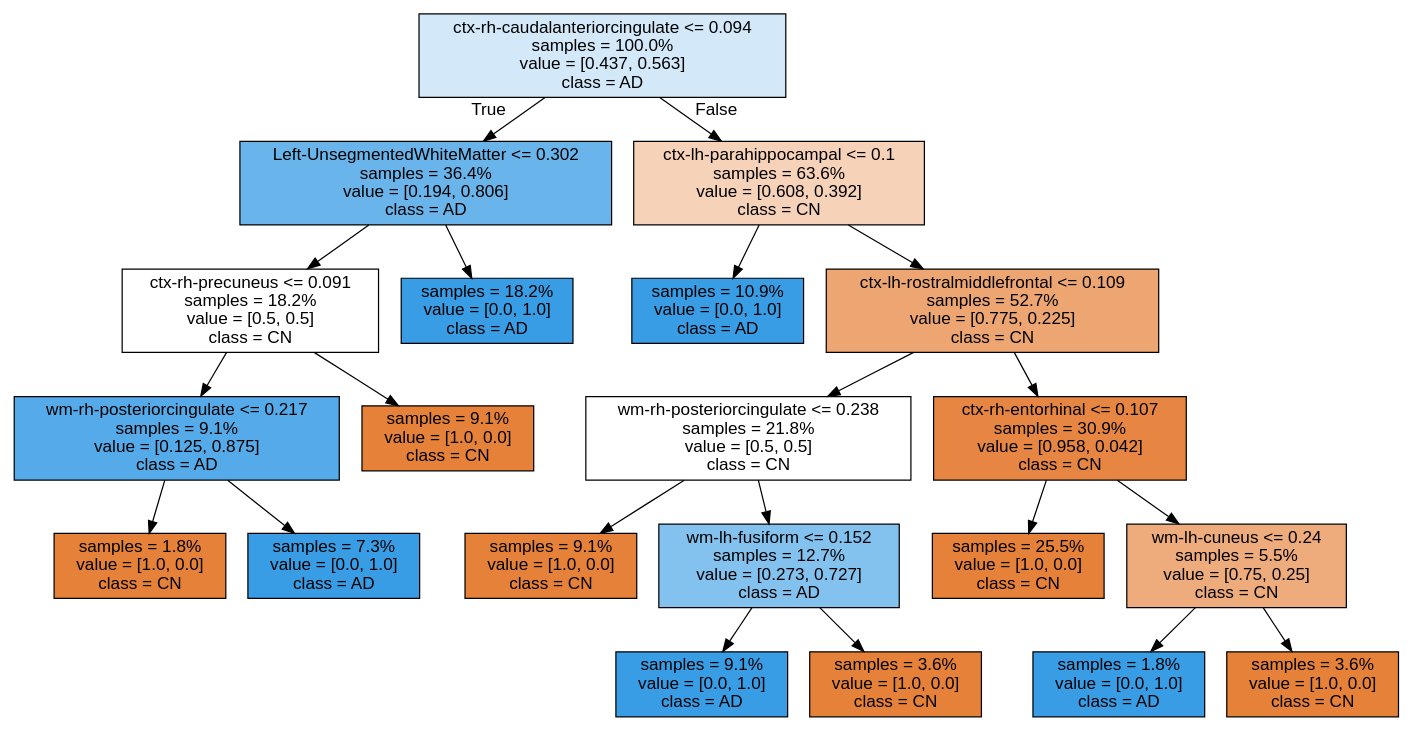
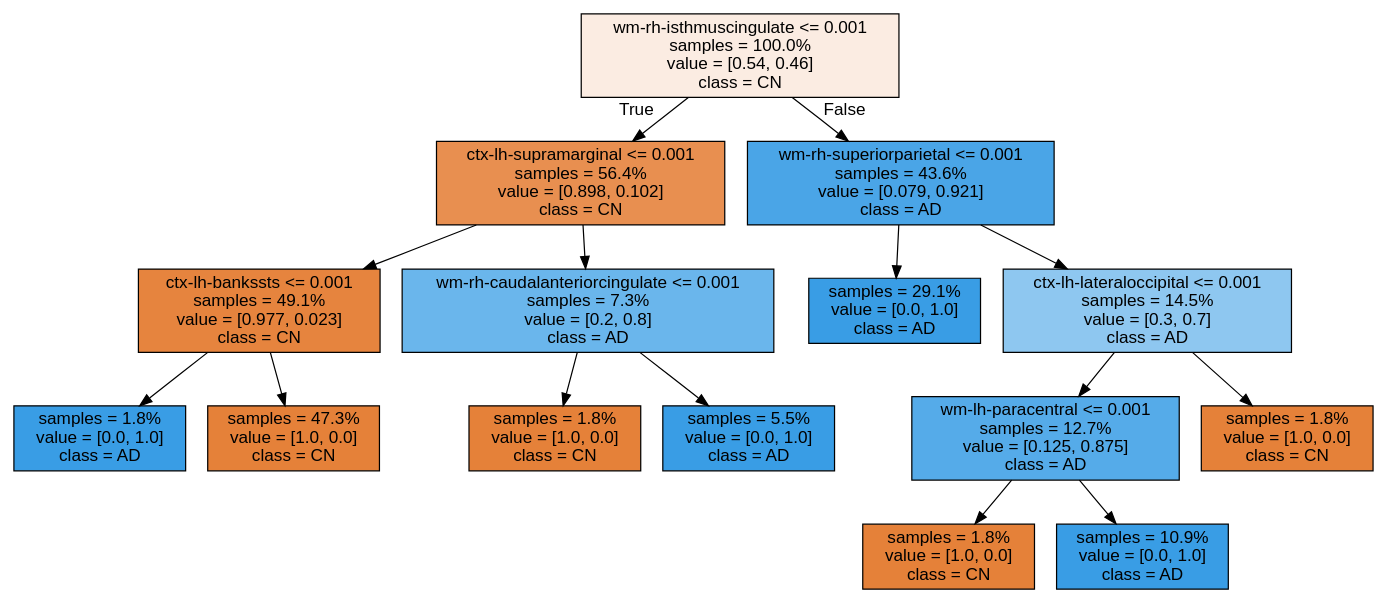
The diagram in Source.gv (francescouni0/CompProject), drawn with Graphviz before and after one commit. The commit also changed 3 other files, not shown here.

```diff
--- a/Source.gv
+++ b/Source.gv
@@ -1,45 +1,33 @@
 digraph Tree {
 node [shape=box, style="filled", color="black", fontname="helvetica"] ;
 edge [fontname="helvetica"] ;
-0 [label="ctx-rh-caudalanteriorcingulate <= 0.094\nsamples = 100.0%\nvalue = [0.437, 0.563]\nclass = AD", fillcolor="#d3e9f9"] ;
-1 [label="Left-UnsegmentedWhiteMatter <= 0.302\nsamples = 36.4%\nvalue = [0.194, 0.806]\nclass = AD", fillcolor="#69b5eb"] ;
+0 [label="wm-rh-isthmuscingulate <= 0.001\nsamples = 100.0%\nvalue = [0.54, 0.46]\nclass = CN", fillcolor="#fbece2"] ;
+1 [label="ctx-lh-supramarginal <= 0.001\nsamples = 56.4%\nvalue = [0.898, 0.102]\nclass = CN", fillcolor="#e88f50"] ;
 0 -> 1 [labeldistance=2.5, labelangle=45, headlabel="True"] ;
-2 [label="ctx-rh-precuneus <= 0.091\nsamples = 18.2%\nvalue = [0.5, 0.5]\nclass = CN", fillcolor="#ffffff"] ;
+2 [label="ctx-lh-bankssts <= 0.001\nsamples = 49.1%\nvalue = [0.977, 0.023]\nclass = CN", fillcolor="#e6843e"] ;
 1 -> 2 ;
-3 [label="wm-rh-posteriorcingulate <= 0.217\nsamples = 9.1%\nvalue = [0.125, 0.875]\nclass = AD", fillcolor="#55abe9"] ;
+3 [label="samples = 1.8%\nvalue = [0.0, 1.0]\nclass = AD", fillcolor="#399de5"] ;
 2 -> 3 ;
-4 [label="samples = 1.8%\nvalue = [1.0, 0.0]\nclass = CN", fillcolor="#e58139"] ;
-3 -> 4 ;
-5 [label="samples = 7.3%\nvalue = [0.0, 1.0]\nclass = AD", fillcolor="#399de5"] ;
-3 -> 5 ;
-6 [label="samples = 9.1%\nvalue = [1.0, 0.0]\nclass = CN", fillcolor="#e58139"] ;
-2 -> 6 ;
-7 [label="samples = 18.2%\nvalue = [0.0, 1.0]\nclass = AD", fillcolor="#399de5"] ;
-1 -> 7 ;
-8 [label="ctx-lh-parahippocampal <= 0.1\nsamples = 63.6%\nvalue = [0.608, 0.392]\nclass = CN", fillcolor="#f6d2b9"] ;
+4 [label="samples = 47.3%\nvalue = [1.0, 0.0]\nclass = CN", fillcolor="#e58139"] ;
+2 -> 4 ;
+5 [label="wm-rh-caudalanteriorcingulate <= 0.001\nsamples = 7.3%\nvalue = [0.2, 0.8]\nclass = AD", fillcolor="#6ab6ec"] ;
+1 -> 5 ;
+6 [label="samples = 1.8%\nvalue = [1.0, 0.0]\nclass = CN", fillcolor="#e58139"] ;
+5 -> 6 ;
+7 [label="samples = 5.5%\nvalue = [0.0, 1.0]\nclass = AD", fillcolor="#399de5"] ;
+5 -> 7 ;
+8 [label="wm-rh-superiorparietal <= 0.001\nsamples = 43.6%\nvalue = [0.079, 0.921]\nclass = AD", fillcolor="#4aa5e7"] ;
 0 -> 8 [labeldistance=2.5, labelangle=-45, headlabel="False"] ;
-9 [label="samples = 10.9%\nvalue = [0.0, 1.0]\nclass = AD", fillcolor="#399de5"] ;
+9 [label="samples = 29.1%\nvalue = [0.0, 1.0]\nclass = AD", fillcolor="#399de5"] ;
 8 -> 9 ;
-10 [label="ctx-lh-rostralmiddlefrontal <= 0.109\nsamples = 52.7%\nvalue = [0.775, 0.225]\nclass = CN", fillcolor="#eda672"] ;
+10 [label="ctx-lh-lateraloccipital <= 0.001\nsamples = 14.5%\nvalue = [0.3, 0.7]\nclass = AD", fillcolor="#8ec7f0"] ;
 8 -> 10 ;
-11 [label="wm-rh-posteriorcingulate <= 0.238\nsamples = 21.8%\nvalue = [0.5, 0.5]\nclass = CN", fillcolor="#ffffff"] ;
+11 [label="wm-lh-paracentral <= 0.001\nsamples = 12.7%\nvalue = [0.125, 0.875]\nclass = AD", fillcolor="#55abe9"] ;
 10 -> 11 ;
-12 [label="samples = 9.1%\nvalue = [1.0, 0.0]\nclass = CN", fillcolor="#e58139"] ;
+12 [label="samples = 1.8%\nvalue = [1.0, 0.0]\nclass = CN", fillcolor="#e58139"] ;
 11 -> 12 ;
-13 [label="wm-lh-fusiform <= 0.152\nsamples = 12.7%\nvalue = [0.273, 0.727]\nclass = AD", fillcolor="#83c2ef"] ;
+13 [label="samples = 10.9%\nvalue = [0.0, 1.0]\nclass = AD", fillcolor="#399de5"] ;
 11 -> 13 ;
-14 [label="samples = 9.1%\nvalue = [0.0, 1.0]\nclass = AD", fillcolor="#399de5"] ;
-13 -> 14 ;
-15 [label="samples = 3.6%\nvalue = [1.0, 0.0]\nclass = CN", fillcolor="#e58139"] ;
-13 -> 15 ;
-16 [label="ctx-rh-entorhinal <= 0.107\nsamples = 30.9%\nvalue = [0.958, 0.042]\nclass = CN", fillcolor="#e68642"] ;
-10 -> 16 ;
-17 [label="samples = 25.5%\nvalue = [1.0, 0.0]\nclass = CN", fillcolor="#e58139"] ;
-16 -> 17 ;
-18 [label="wm-lh-cuneus <= 0.24\nsamples = 5.5%\nvalue = [0.75, 0.25]\nclass = CN", fillcolor="#eeab7b"] ;
-16 -> 18 ;
-19 [label="samples = 1.8%\nvalue = [0.0, 1.0]\nclass = AD", fillcolor="#399de5"] ;
-18 -> 19 ;
-20 [label="samples = 3.6%\nvalue = [1.0, 0.0]\nclass = CN", fillcolor="#e58139"] ;
-18 -> 20 ;
+14 [label="samples = 1.8%\nvalue = [1.0, 0.0]\nclass = CN", fillcolor="#e58139"] ;
+10 -> 14 ;
 }
```
